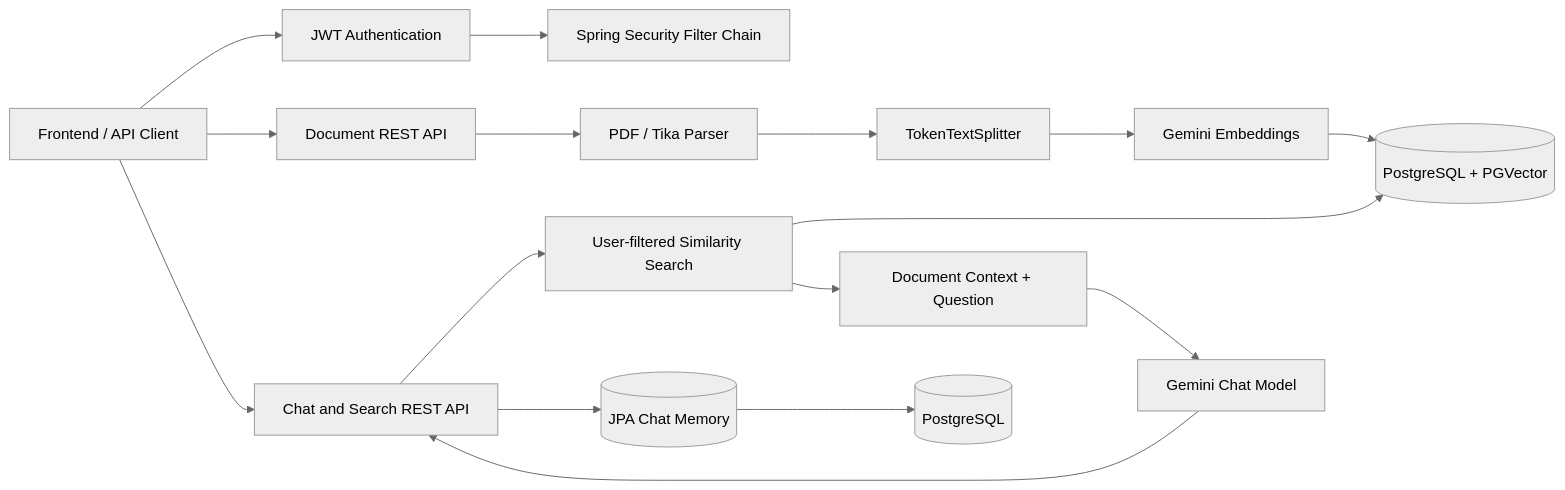
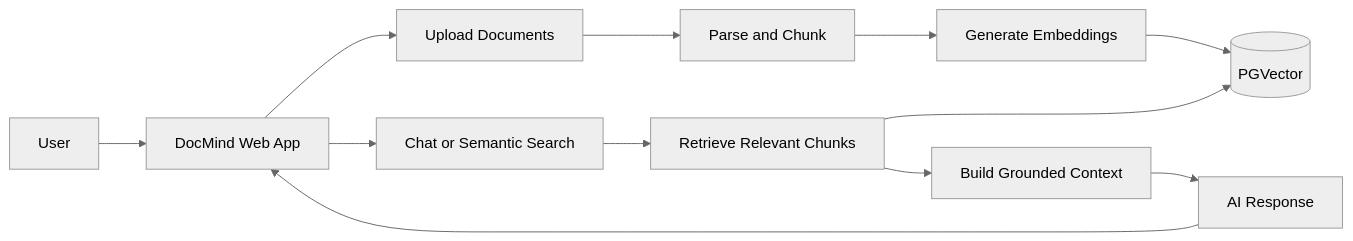
The diagram in README.md (YashAthawale07/Doc_Mind), drawn with Mermaid (neutral theme) before and after one commit. The commit also changed other lines of this file, not shown here.

Commit message:
docs: showcase DocMind frontend experience

````diff
--- a/README.md
+++ b/README.md
@@ -22,18 +51,14 @@
 ```mermaid
 flowchart LR
-    Client[Frontend / API Client] --> Auth[JWT Authentication]
-    Client --> Documents[Document REST API]
-    Client --> Chat[Chat and Search REST API]
-    Auth --> Security[Spring Security Filter Chain]
-    Documents --> Parser[PDF / Tika Parser]
-    Parser --> Chunker[TokenTextSplitter]
-    Chunker --> Embed[Gemini Embeddings]
-    Embed --> Vector[(PostgreSQL + PGVector)]
-    Chat --> Retrieve[User-filtered Similarity Search]
-    Retrieve --> Vector
-    Retrieve --> Prompt[Document Context + Question]
-    Prompt --> Gemini[Gemini Chat Model]
-    Gemini --> Chat
-    Chat --> Memory[(JPA Chat Memory)]
-    Memory --> PostgreSQL[(PostgreSQL)]
+    User[User] --> UI[DocMind Web App]
+    UI --> Upload[Upload Documents]
+    Upload --> Parse[Parse and Chunk]
+    Parse --> Embed[Generate Embeddings]
+    Embed --> Store[(PGVector)]
+    UI --> Query[Chat or Semantic Search]
+    Query --> Retrieve[Retrieve Relevant Chunks]
+    Retrieve --> Store
+    Retrieve --> Context[Build Grounded Context]
+    Context --> AI[AI Response]
+    AI --> UI
 ```
````
